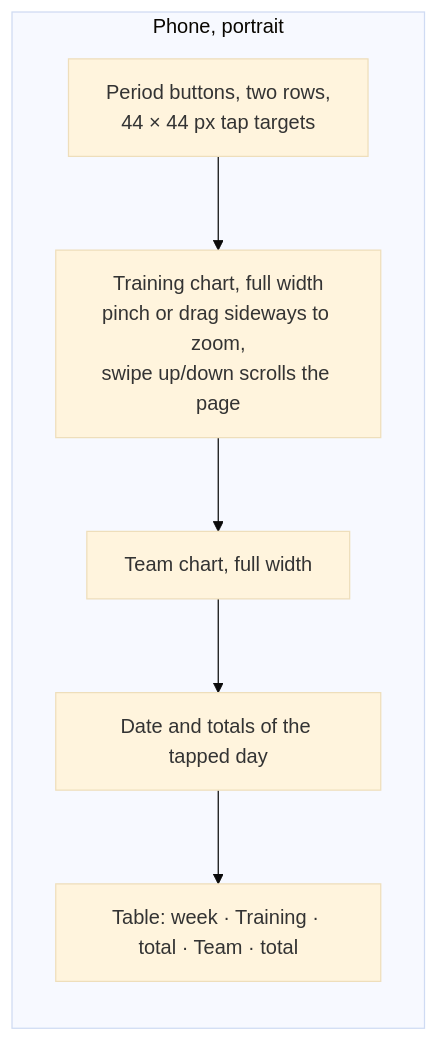
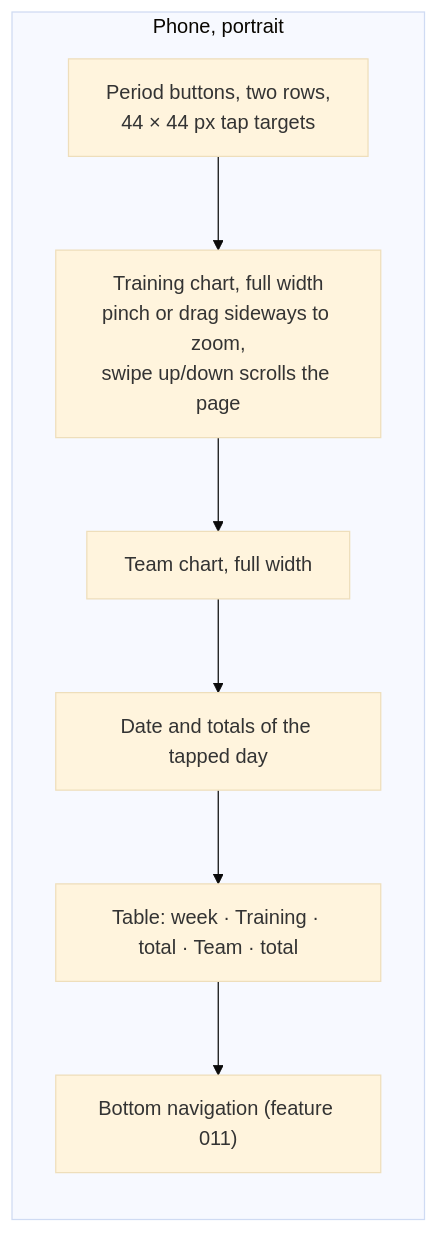
One commit to SaSteffen/RynkePoints changed the fifth of 9 diagrams in specs/009-rider-progress-charts/spec.md. Above: the diagram before and after it, drawn with Mermaid (base theme). The commit also changed other lines of this file, not shown here.

Commit message:
docs(009): bring the progress charts spec up to date with features 011-020

````diff
--- a/specs/009-rider-progress-charts/spec.md
+++ b/specs/009-rider-progress-charts/spec.md
@@ -661,12 +732,13 @@
 ```mermaid
 flowchart TB
     subgraph phone["Phone, portrait"]
         direction TB
         p1["Period buttons, two rows,<br/>44 × 44 px tap targets"]
         p2["Training chart, full width<br/>pinch or drag sideways to zoom,<br/>swipe up/down scrolls the page"]
         p3["Team chart, full width"]
         p4["Date and totals of the tapped day"]
         p5["Table: week · Training · total · Team · total"]
-        p1 --> p2 --> p3 --> p4 --> p5
+        p6["Bottom navigation (feature 011)"]
+        p1 --> p2 --> p3 --> p4 --> p5 --> p6
     end
 ```
````
